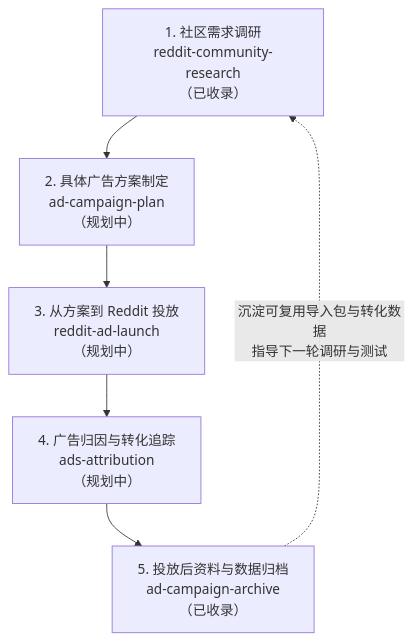
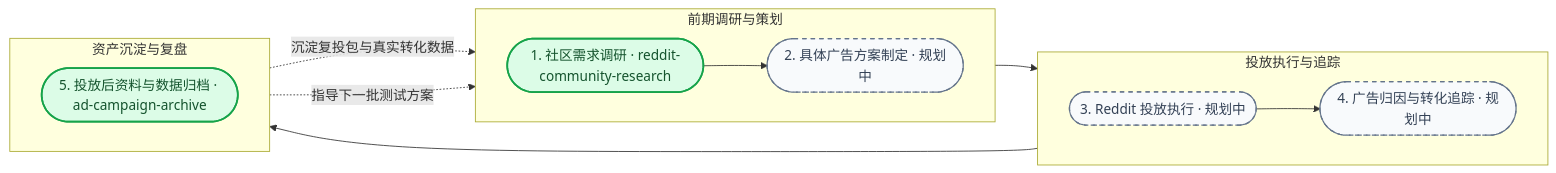
Before and after one commit to ezra-y/reddit-ad-workflow-skills: the first of 6 diagrams in README.md, drawn with Mermaid. The commit also changed other lines of this file, not shown here.

Commit message:
docs: simplify workflow table and add styled Mermaid flowcharts for each skill

````diff
--- a/README.md
+++ b/README.md
@@ -7,8 +7,31 @@
 ```mermaid
-flowchart TD
-    S1["1. 社区需求调研<br/>reddit-community-research<br/>（已收录）"] --> S2["2. 具体广告方案制定<br/>ad-campaign-plan<br/>（规划中）"]
-    S2 --> S3["3. 从方案到 Reddit 投放<br/>reddit-ad-launch<br/>（规划中）"]
-    S3 --> S4["4. 广告归因与转化追踪<br/>ads-attribution<br/>（规划中）"]
-    S4 --> S5["5. 投放后资料与数据归档<br/>ad-campaign-archive<br/>（已收录）"]
-    S5 -.->|"沉淀可复用导入包与转化数据<br/>指导下一轮调研与测试"| S1
+flowchart LR
+    subgraph P1["前期调研与策划"]
+        direction LR
+        S1(["1. 社区需求调研 · reddit-community-research"])
+        S2(["2. 具体广告方案制定 · 规划中"])
+        S1 --> S2
+    end
+
+    subgraph P2["投放执行与追踪"]
+        direction LR
+        S3(["3. Reddit 投放执行 · 规划中"])
+        S4(["4. 广告归因与转化追踪 · 规划中"])
+        S3 --> S4
+    end
+
+    subgraph P3["资产沉淀与复盘"]
+        direction LR
+        S5(["5. 投放后资料与数据归档 · ad-campaign-archive"])
+    end
+
+    S2 --> S3
+    S4 --> S5
+    S5 -.->|"沉淀复投包与真实转化数据"| S1
+    S5 -.->|"指导下一批测试方案"| S2
+
+    classDef ready fill:#DCFCE7,stroke:#16A34A,stroke-width:2px,color:#14532D
+    classDef planned fill:#F8FAFC,stroke:#64748B,stroke-width:1.5px,stroke-dasharray: 5 5,color:#334155
+    class S1,S5 ready
+    class S2,S3,S4 planned
 ```
````
